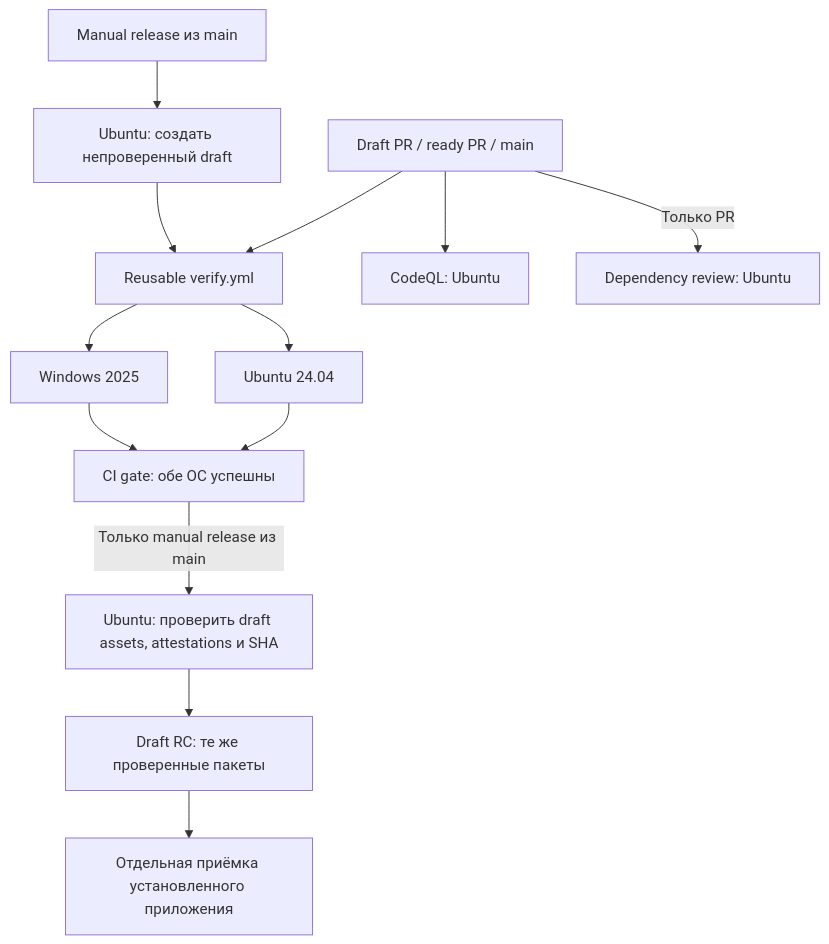
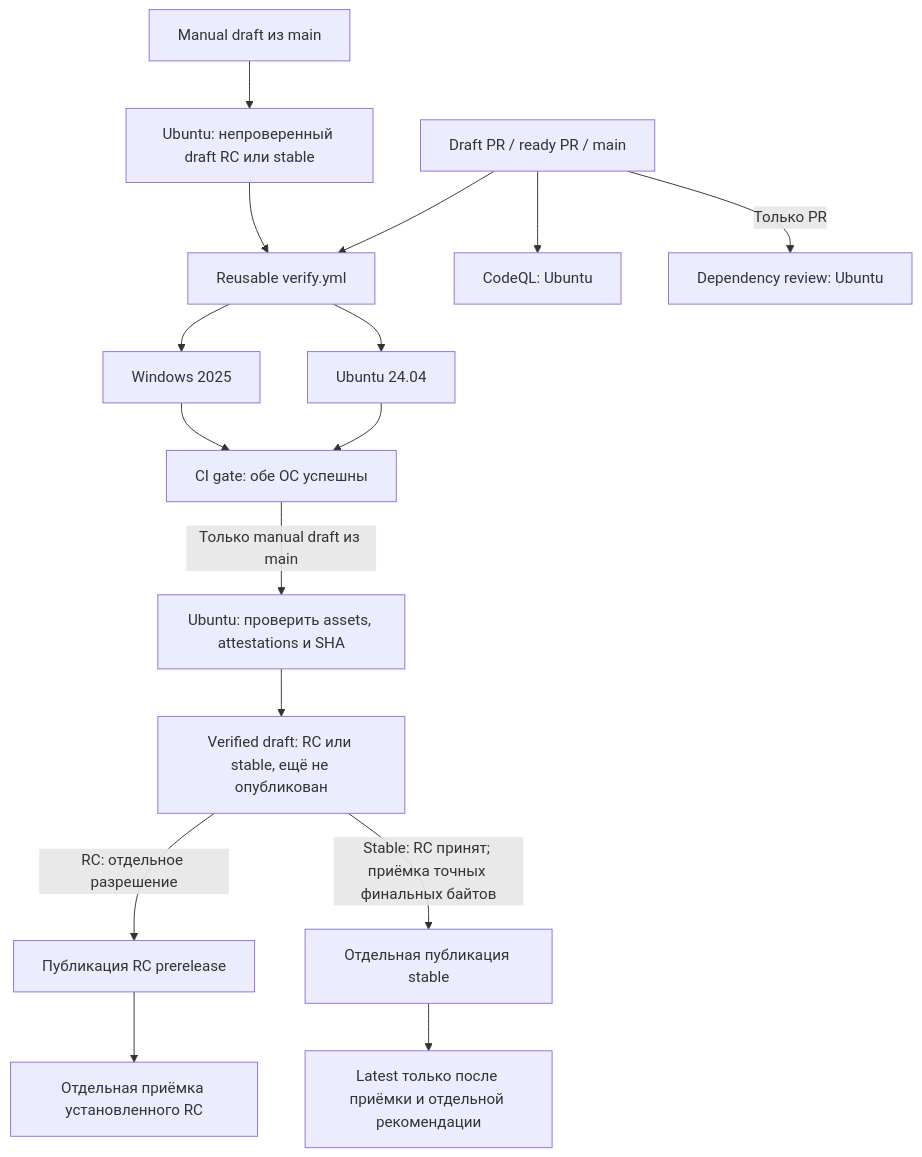
The diagram in docs/CI.md (smart-tinker/rele), drawn with Mermaid before and after one commit. The commit also changed other lines of this file and 2 other files, not shown here.

Commit message:
docs(ci): clarify stable draft lifecycle

````diff
--- a/docs/CI.md
+++ b/docs/CI.md
@@ -11,15 +11,18 @@
 ```mermaid
 flowchart TD
   PR[Draft PR / ready PR / main] --> V[Reusable verify.yml]
-  V --> L[Ubuntu 24.04]
-  V --> W[Windows 2025]
-  M[Manual release из main] --> P0[Ubuntu: создать непроверенный draft]
+  V --> LINUX[Ubuntu 24.04]
+  V --> WINDOWS[Windows 2025]
+  M[Manual draft из main] --> P0[Ubuntu: непроверенный draft RC или stable]
   P0 --> V
   PR --> Q[CodeQL: Ubuntu]
-  PR -->|Только PR| R[Dependency review: Ubuntu]
-  L --> G[CI gate: обе ОС успешны]
-  W --> G
-  G -->|Только manual release из main| P[Ubuntu: проверить draft assets, attestations и SHA]
-  P --> D[Draft RC: те же проверенные пакеты]
-  D --> A[Отдельная приёмка установленного приложения]
+  PR -->|Только PR| DEP[Dependency review: Ubuntu]
+  LINUX --> G[CI gate: обе ОС успешны]
+  WINDOWS --> G
+  G -->|Только manual draft из main| P[Ubuntu: проверить assets, attestations и SHA]
+  P --> D[Verified draft: RC или stable, ещё не опубликован]
+  D -->|RC: отдельное разрешение| RC_PUBLISH[Публикация RC prerelease]
+  RC_PUBLISH --> RC_ACCEPT[Отдельная приёмка установленного RC]
+  D -->|Stable: RC принят; приёмка точных финальных байтов| STABLE_PUBLISH[Отдельная публикация stable]
+  STABLE_PUBLISH --> LATEST[Latest только после приёмки и отдельной рекомендации]
 ```
````
